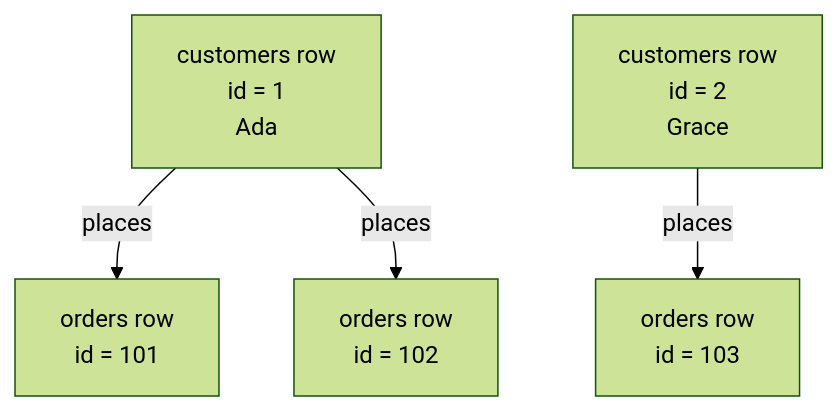
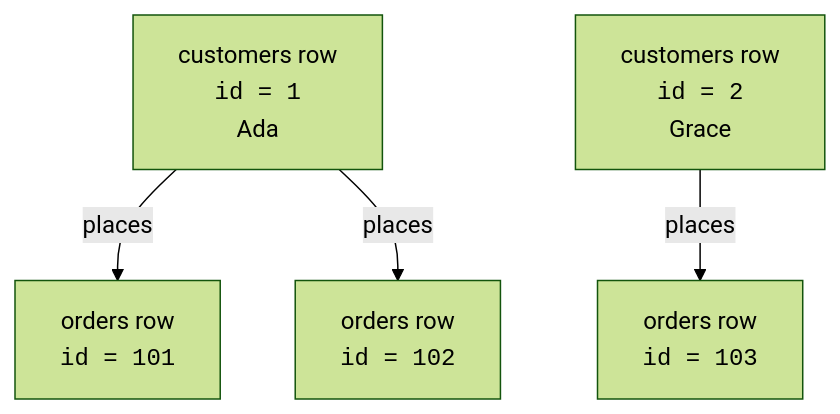
The second of 6 diagrams in content/learn/database-design-postgresql/what-are-relationships.mdx (dataslope/dataslope), drawn with Mermaid (forest theme) before and after one commit. The commit also changed other lines of this file and 218 other files, not shown here.

First line of the commit message:
Render code-only mermaid shapes in monospace; convert step sequences to Steps (#467)

````diff
--- a/content/learn/database-design-postgresql/what-are-relationships.mdx
+++ b/content/learn/database-design-postgresql/what-are-relationships.mdx
@@ -33,6 +33,6 @@
 ```mermaid
 flowchart TB
-    C["customers row<br/>id = 1<br/>Ada"] -->|places| O1["orders row<br/>id = 101"]
-    C -->|places| O2["orders row<br/>id = 102"]
-    G["customers row<br/>id = 2<br/>Grace"] -->|places| O3["orders row<br/>id = 103"]
+    C["customers row<br/><code>id = 1</code><br/>Ada"] -->|places| O1["orders row<br/><code>id = 101</code>"]
+    C -->|places| O2["orders row<br/><code>id = 102</code>"]
+    G["customers row<br/><code>id = 2</code><br/>Grace"] -->|places| O3["orders row<br/><code>id = 103</code>"]
 ```
````
